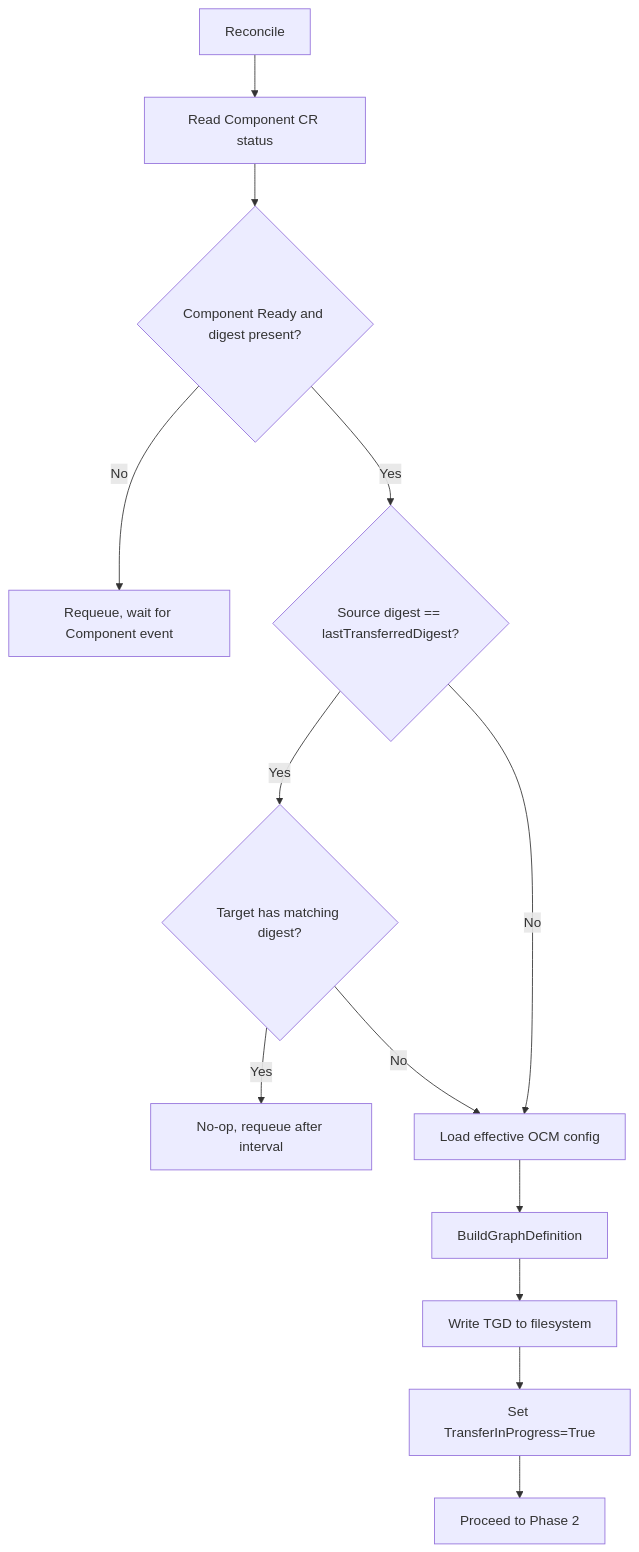
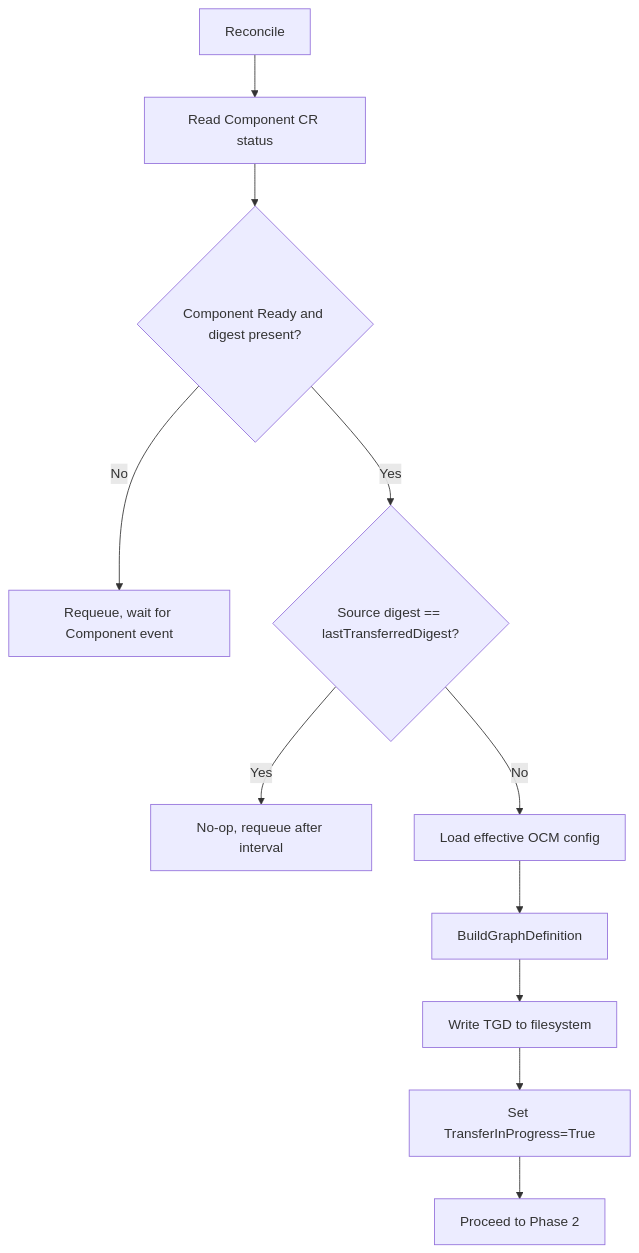
The first of 2 diagrams in docs/adr/0017_replication_controller.md (open-component-model/open-component-model), drawn with Mermaid before and after one commit. The commit also changed other lines of this file, not shown here.

````diff
--- a/docs/adr/0017_replication_controller.md
+++ b/docs/adr/0017_replication_controller.md
@@ -120,15 +121,13 @@
 ```mermaid
 flowchart TD
     A[Reconcile] --> A1[Read Component CR status]
     A1 --> A2{Component Ready and digest present?}
     A2 -->|No| A3[Requeue, wait for Component event]
     A2 -->|Yes| C{Source digest == lastTransferredDigest?}
-    C -->|Yes| D{Target has matching digest?}
-    D -->|Yes| E[No-op, requeue after interval]
-    D -->|No| F[Load effective OCM config]
-    C -->|No| F
+    C -->|Yes| E[No-op, requeue after interval]
+    C -->|No| F[Load effective OCM config]
     F --> G[BuildGraphDefinition]
     G --> H[Write TGD to filesystem]
     H --> I[Set TransferInProgress=True]
     I --> J[Proceed to Phase 2]
 ```
````
